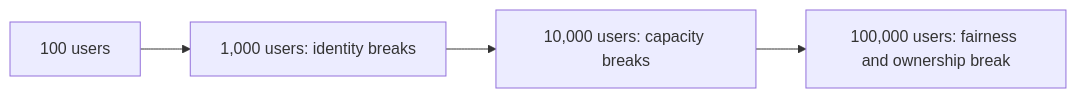
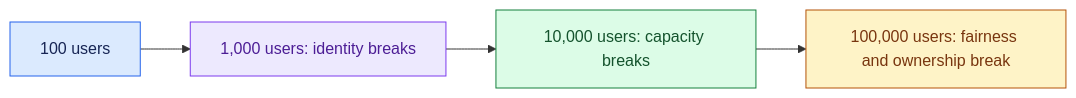
One commit to Sourav692/Forward-Deployed-Engineer-Interview-Prep changed the diagram in site/content/modules/15-fde-case-studies/judgement-and-decomposition/scale-prototype-to-production/intro.md. Above: the diagram before and after it, drawn with Mermaid. The commit also changed other lines of this file and 1268 other files, not shown here.

First line of the commit message:
content: polish Casebook writing and Mermaid diagrams (#251)

````diff
--- a/site/content/modules/15-fde-case-studies/judgement-and-decomposition/scale-prototype-to-production/intro.md
+++ b/site/content/modules/15-fde-case-studies/judgement-and-decomposition/scale-prototype-to-production/intro.md
@@ -15,6 +17,16 @@
 ```mermaid
 flowchart LR
   A[100 users] --> B[1,000 users: identity breaks]
   B --> C[10,000 users: capacity breaks]
   C --> D[100,000 users: fairness and ownership break]
+
+    %% Casebook colours: entry, reasoning, results, controls, and stopped paths.
+    classDef cbInput fill:#dbeafe,stroke:#2563eb,color:#172554
+    class A cbInput
+    classDef cbReason fill:#ede9fe,stroke:#7c3aed,color:#4c1d95
+    class B cbReason
+    classDef cbAction fill:#dcfce7,stroke:#15803d,color:#14532d
+    class C cbAction
+    classDef cbPolicy fill:#fef3c7,stroke:#b45309,color:#78350f
+    class D cbPolicy
 ```
````
